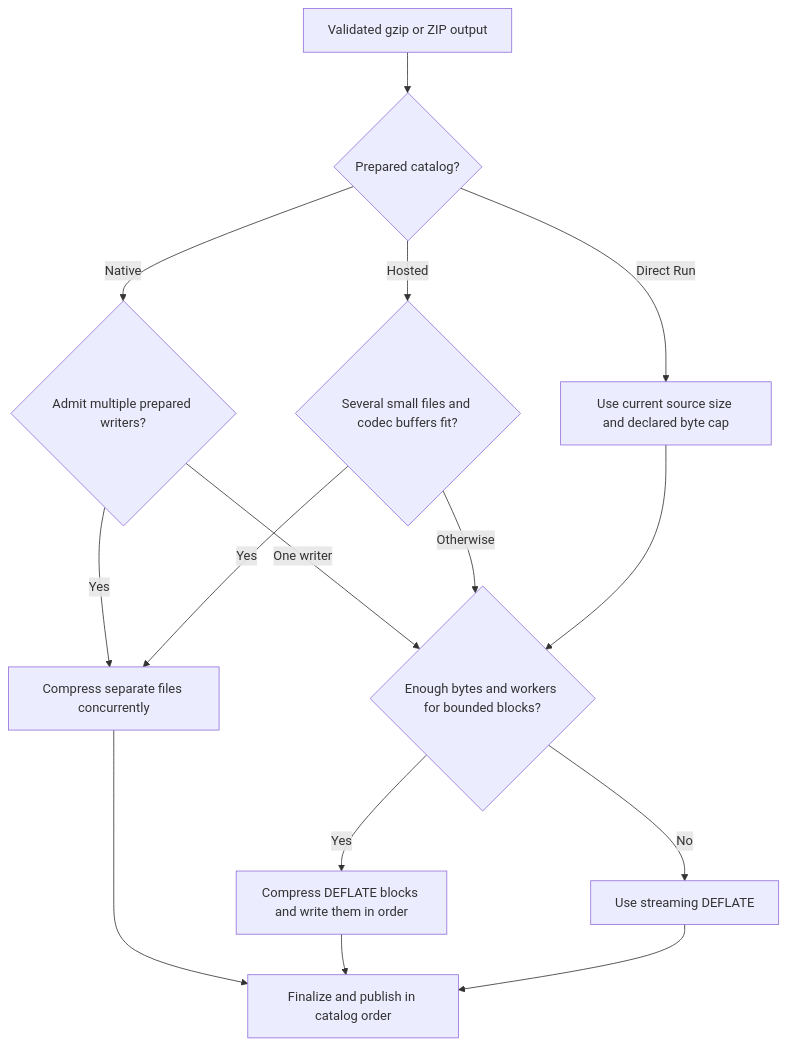
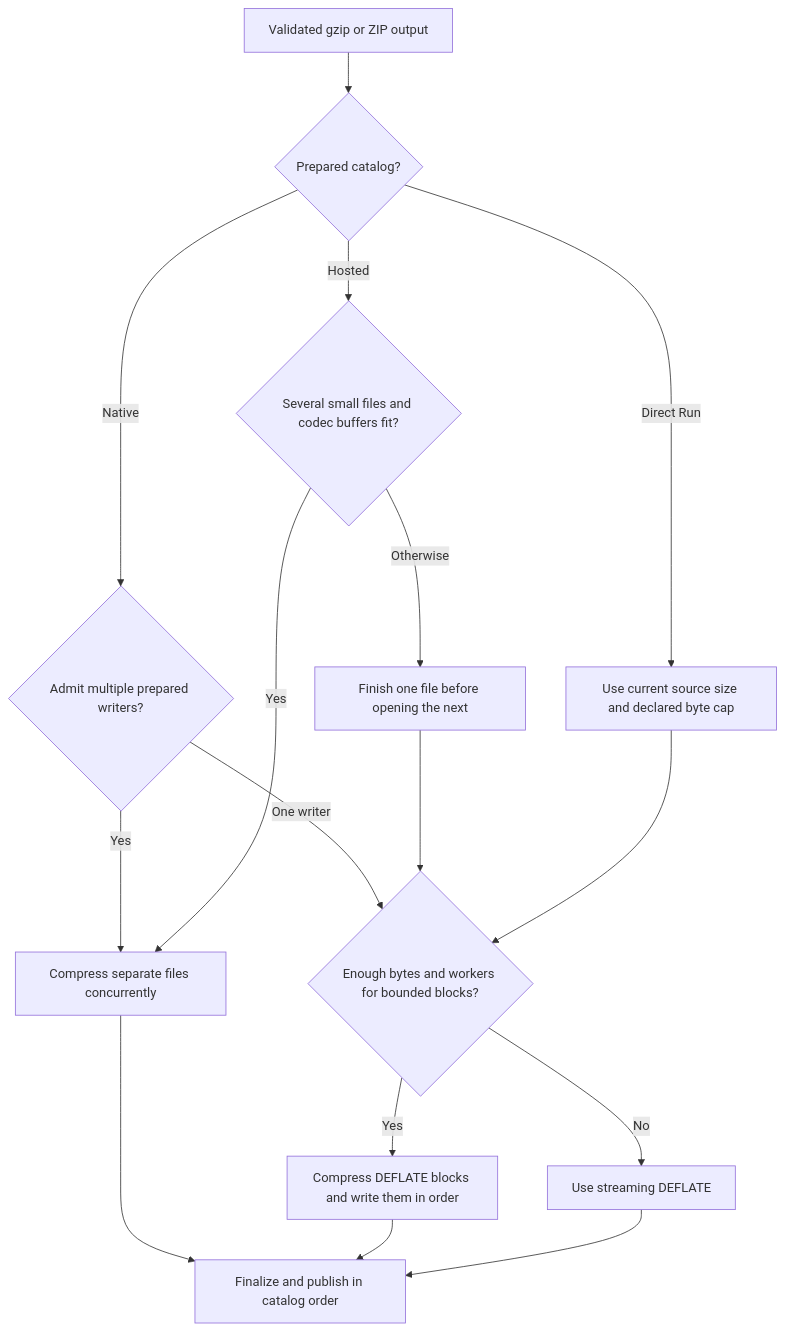
The second of 15 diagrams in docs/execution-decisions.md (jsmatfess/chopper), drawn with Mermaid before and after one commit. The commit also changed 6 other files, not shown here.

Commit message:
Release large hosted ZIP spools one member at a time

````diff
--- a/docs/execution-decisions.md
+++ b/docs/execution-decisions.md
@@ -95,17 +95,18 @@
 ```mermaid
 flowchart TD
     Start[Validated gzip or ZIP output] --> Route{Prepared catalog?}
     Route -->|Native| NativeFiles{Admit multiple prepared writers?}
     NativeFiles -->|Yes| FileParallel[Compress separate files concurrently]
     NativeFiles -->|One writer| Large
     Route -->|Hosted| HostedFiles{Several small files and codec buffers fit?}
     HostedFiles -->|Yes| FileParallel
-    HostedFiles -->|Otherwise| Large
+    HostedFiles -->|Otherwise| HostedSingle[Finish one file before opening the next]
+    HostedSingle --> Large
     Route -->|Direct Run| Hint[Use current source size and declared byte cap]
     Hint --> Large{Enough bytes and workers for bounded blocks?}
     Large -->|Yes| BlockParallel[Compress DEFLATE blocks and write them in order]
     Large -->|No| Serial[Use streaming DEFLATE]
     FileParallel --> Publish[Finalize and publish in catalog order]
     BlockParallel --> Publish
     Serial --> Publish
 ```
````
